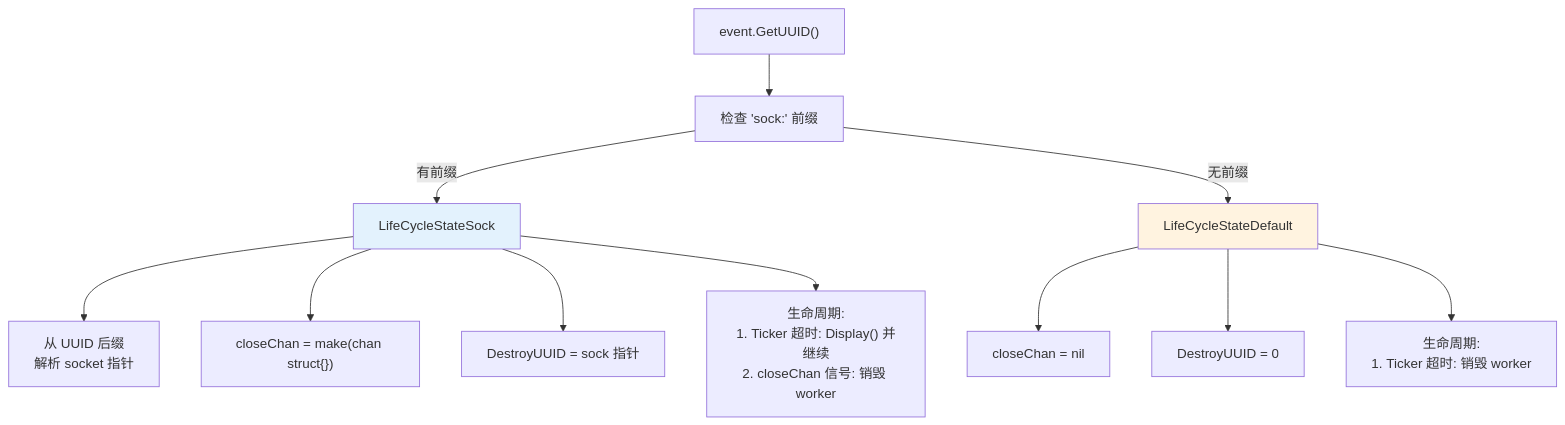
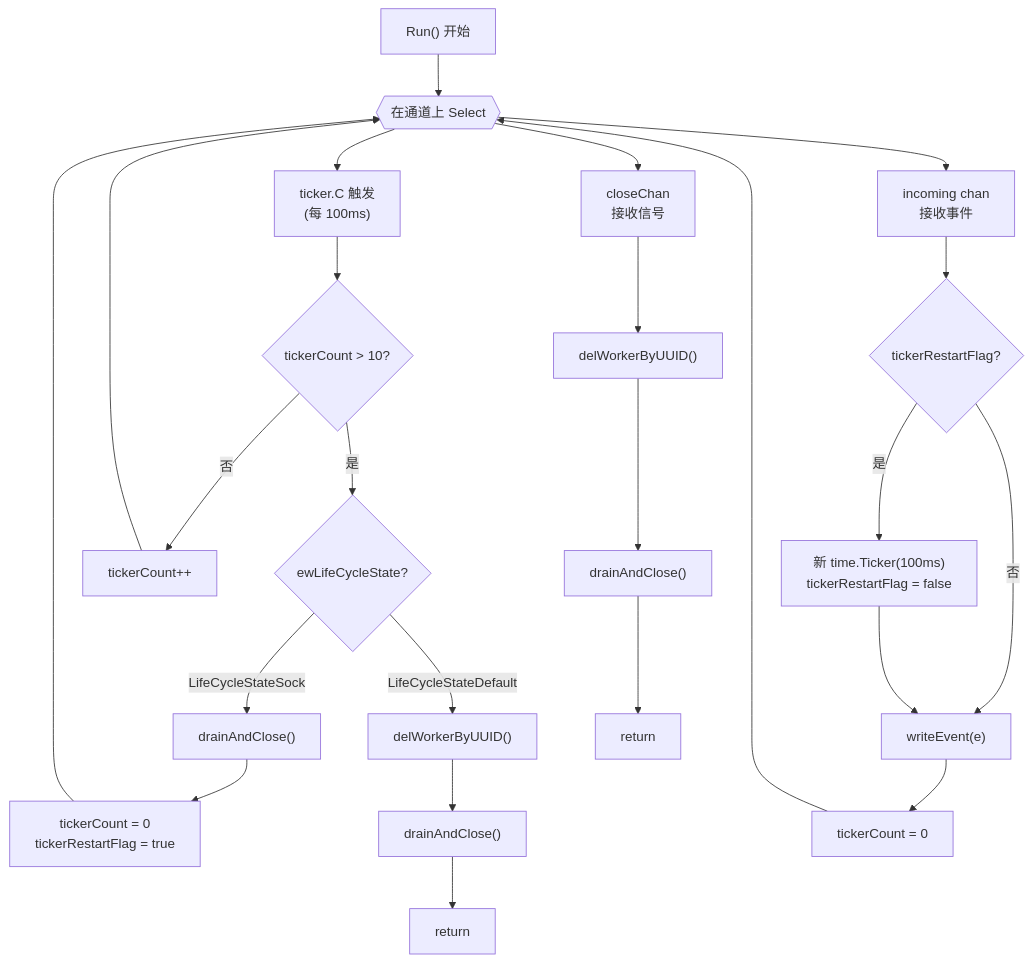
The fifth of 7 diagrams in src/zh/5-development-guide/5.4-event-processing-and-parsers.md (gojue/ecapture.cc), drawn with Mermaid before and after one commit. The commit also changed other lines of this file and 115 other files, not shown here.

````diff
--- a/src/zh/5-development-guide/5.4-event-processing-and-parsers.md
+++ b/src/zh/5-development-guide/5.4-event-processing-and-parsers.md
@@ -322,21 +258,33 @@
 ```mermaid
-graph TB
-    UUID["event.GetUUID()"]
+flowchart TB
+    START["Run() 开始"] --> LOOP{{"在通道上 Select"}}
     
-    UUID --> CheckPrefix["检查 'sock:' 前缀"]
+    LOOP --> TICKER["ticker.C 触发<br/>(每 100ms)"]
+    LOOP --> EVENT["incoming chan<br/>接收事件"]
+    LOOP --> CLOSE["closeChan<br/>接收信号"]
     
-    CheckPrefix -->|有前缀| Socket["LifeCycleStateSock"]
-    CheckPrefix -->|无前缀| Default["LifeCycleStateDefault"]
+    TICKER --> CHECK{"tickerCount > 10?"}
+    CHECK -->|是| LIFECYCLE{"ewLifeCycleState?"}
+    CHECK -->|否| INC["tickerCount++"]
+    INC --> LOOP
     
-    Socket --> ParseSock["从 UUID 后缀<br/>解析 socket 指针"]
-    Socket --> CreateClose["closeChan = make(chan struct{})"]
-    Socket --> SetDestroy["DestroyUUID = sock 指针"]
-    Socket --> Lifecycle1["生命周期:<br/>1. Ticker 超时: Display() 并继续<br/>2. closeChan 信号: 销毁 worker"]
+    LIFECYCLE -->|LifeCycleStateSock| DRAIN1["drainAndClose()"]
+    LIFECYCLE -->|LifeCycleStateDefault| DEL["delWorkerByUUID()"]
     
-    Default --> NilClose["closeChan = nil"]
-    Default --> NoDestroy["DestroyUUID = 0"]
-    Default --> Lifecycle2["生命周期:<br/>1. Ticker 超时: 销毁 worker"]
+    DRAIN1 --> RESET["tickerCount = 0<br/>tickerRestartFlag = true"]
+    RESET --> LOOP
     
-    style Socket fill:#e3f2fd
-    style Default fill:#fff3e0
+    DEL --> DRAIN2["drainAndClose()"]
+    DRAIN2 --> RETURN["return"]
+    
+    EVENT --> RESTART{"tickerRestartFlag?"}
+    RESTART -->|是| NEWTICKER["新 time.Ticker(100ms)<br/>tickerRestartFlag = false"]
+    RESTART -->|否| WRITE["writeEvent(e)"]
+    NEWTICKER --> WRITE
+    WRITE --> ZERO["tickerCount = 0"]
+    ZERO --> LOOP
+    
+    CLOSE --> DEL2["delWorkerByUUID()"]
+    DEL2 --> DRAIN3["drainAndClose()"]
+    DRAIN3 --> RETURN2["return"]
 ```
````
